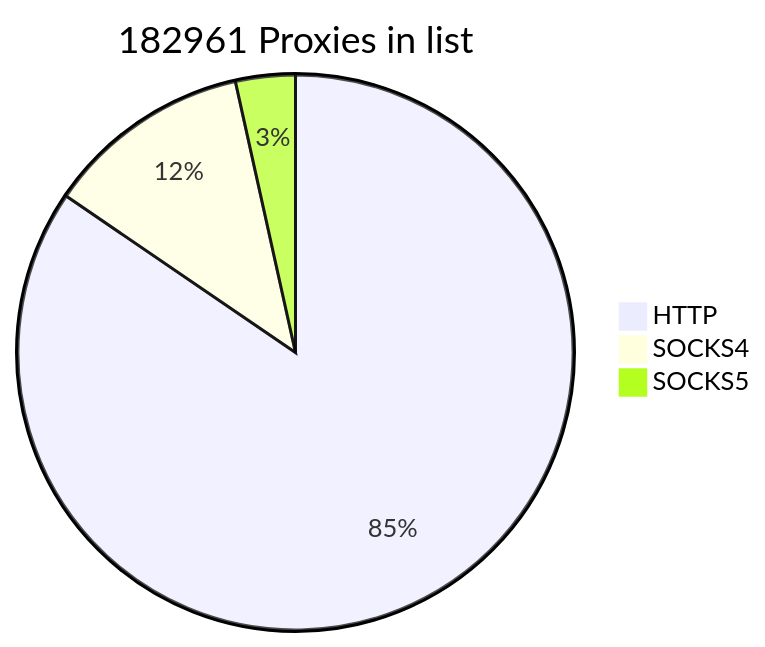
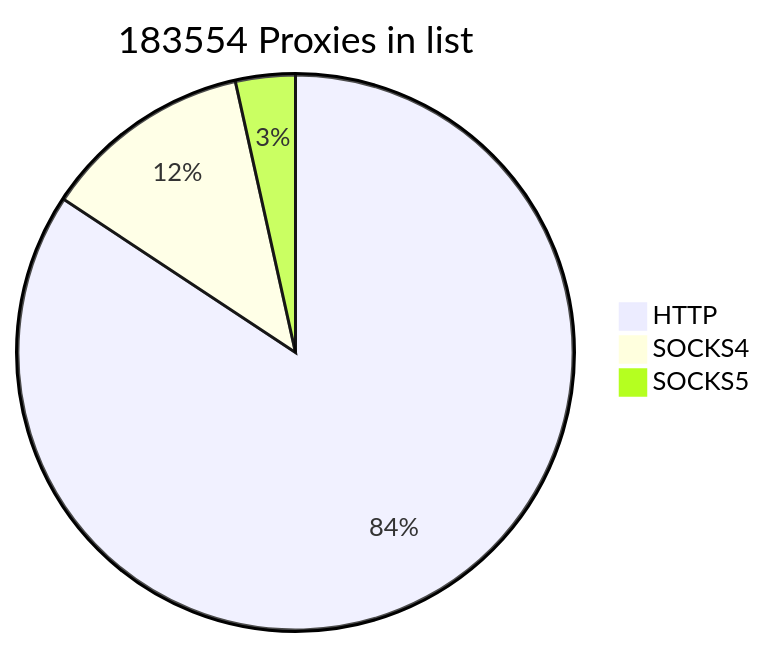
One commit to cutipu/proxylist changed the first of 2 diagrams in README.md. Above: the diagram before and after it, drawn with Mermaid. The commit also changed other lines of this file, not shown here.

````diff
--- a/README.md
+++ b/README.md
@@ -2,7 +2,7 @@
 ```mermaid
-pie title 182961 Proxies in list
-    "HTTP" : 154656
-    "SOCKS4" : 21949
-    "SOCKS5" : 6356
+pie title 183554 Proxies in list
+    "HTTP" : 154732
+    "SOCKS4" : 22441
+    "SOCKS5" : 6381
             
 ```
````
